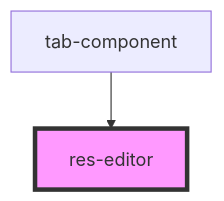
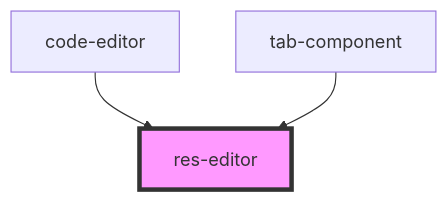
One commit to techvariable/NeptuneConnectComponents changed the diagram in src/components/res-editor/readme.md. Above: the diagram before and after it, drawn with Mermaid. The commit also changed other lines of this file and 11 other files, not shown here.

````diff
--- a/src/components/res-editor/readme.md
+++ b/src/components/res-editor/readme.md
@@ -23,5 +24,6 @@
 ```mermaid
 graph TD;
+  code-editor --> res-editor
   tab-component --> res-editor
   style res-editor fill:#f9f,stroke:#333,stroke-width:4px
 ```
````
